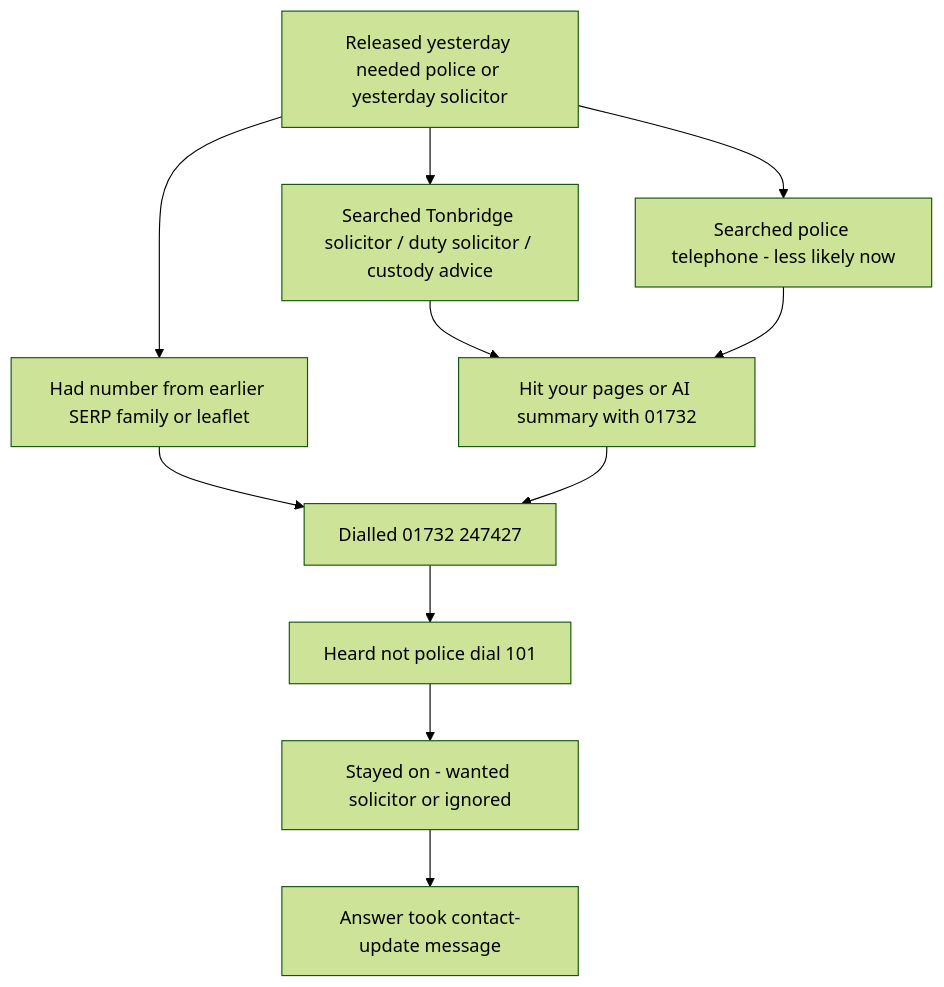
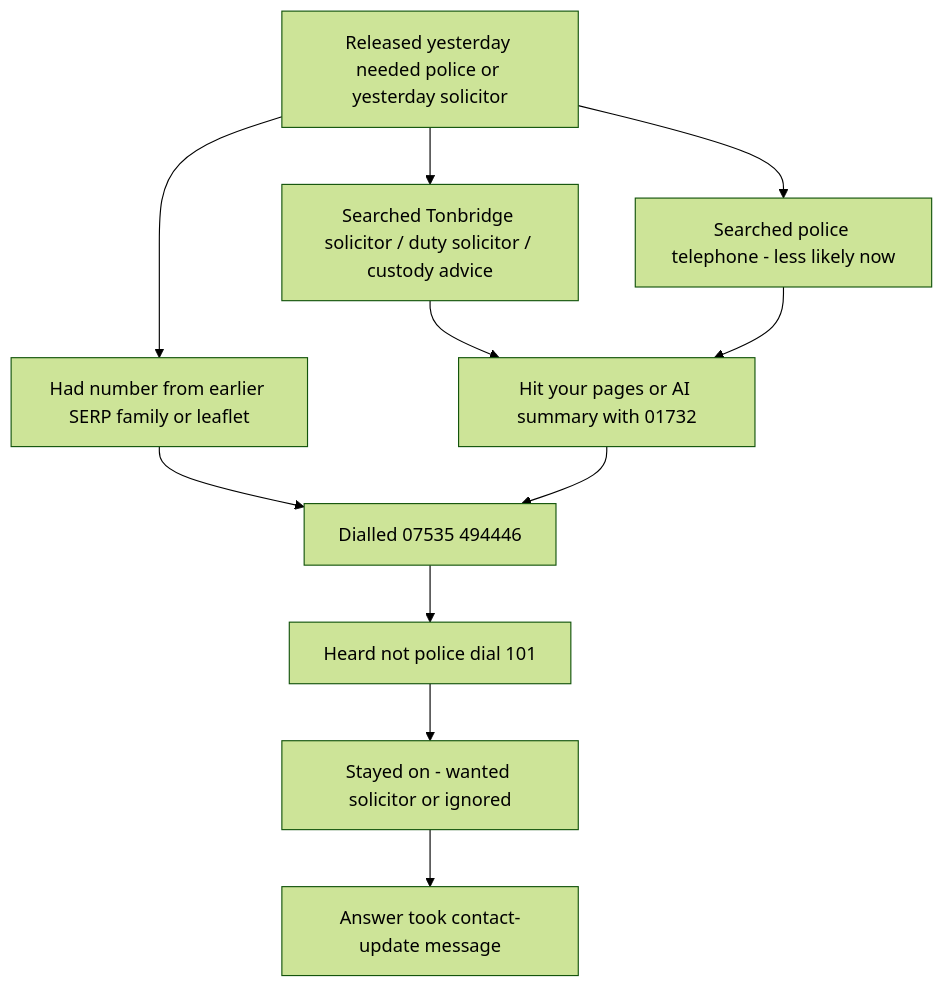
Before and after one commit to robertcashman-bit/policestationagent: the diagram in reports/call-source-trace-2026-07-24.md, drawn with Mermaid (forest theme). The commit also changed other lines of this file and 50 other files, not shown here.

````diff
--- a/reports/call-source-trace-2026-07-24.md
+++ b/reports/call-source-trace-2026-07-24.md
@@ -62,16 +62,16 @@
 ```mermaid
 flowchart TD
   release[Released yesterday needed police or yesterday solicitor]
   pathSol[Searched Tonbridge solicitor / duty solicitor / custody advice]
   pathPolice[Searched police telephone - less likely now]
   pathSaved[Had number from earlier SERP family or leaflet]
   serp[Hit your pages or AI summary with 01732]
-  dial[Dialled 01732 247427]
+  dial[Dialled 07535 494446]
   recording[Heard not police dial 101]
   stayed[Stayed on - wanted solicitor or ignored]
   answer[Answer took contact-update message]
   release --> pathSol --> serp
   release --> pathPolice --> serp
   release --> pathSaved --> dial
   serp --> dial --> recording --> stayed --> answer
 ```
````
